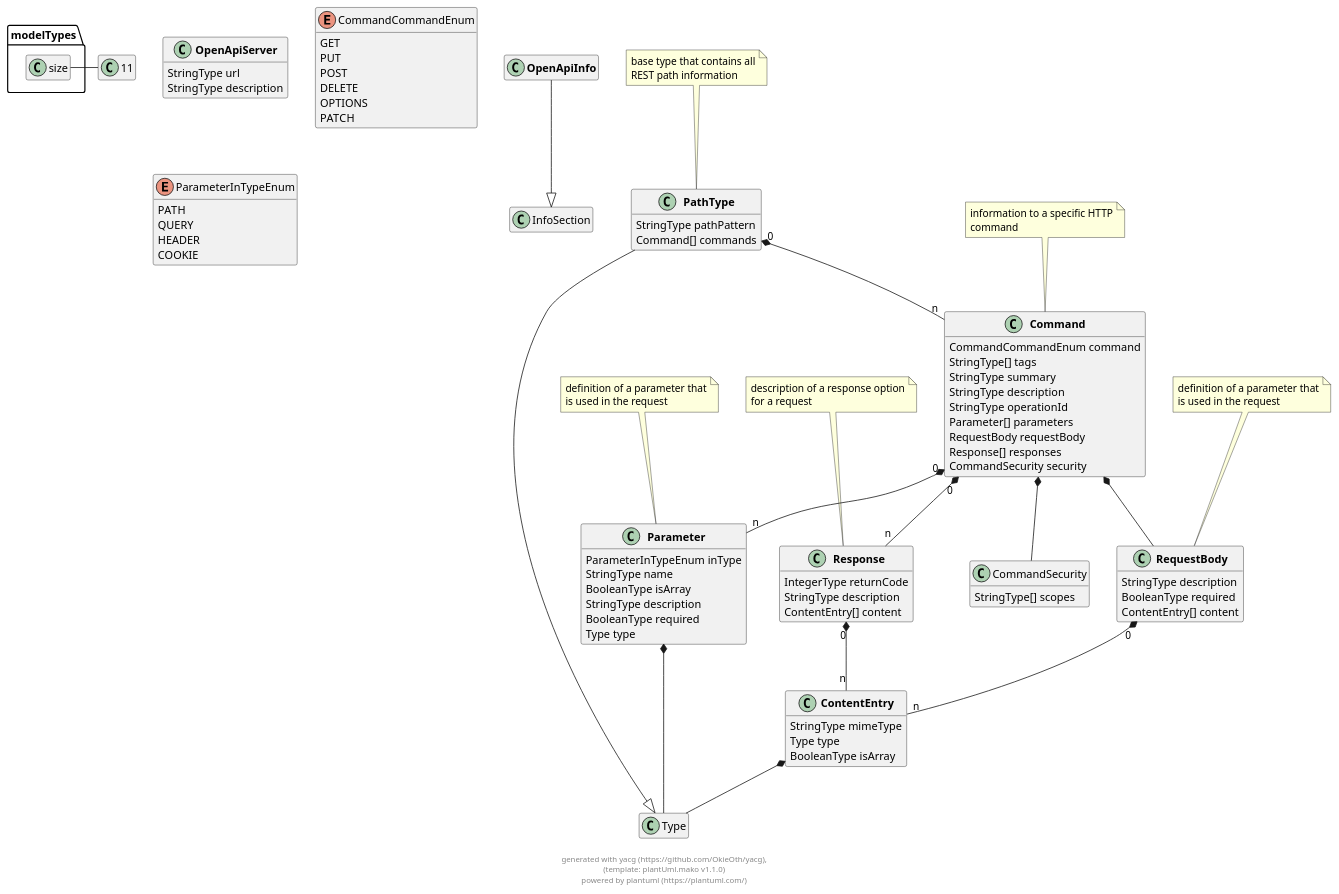
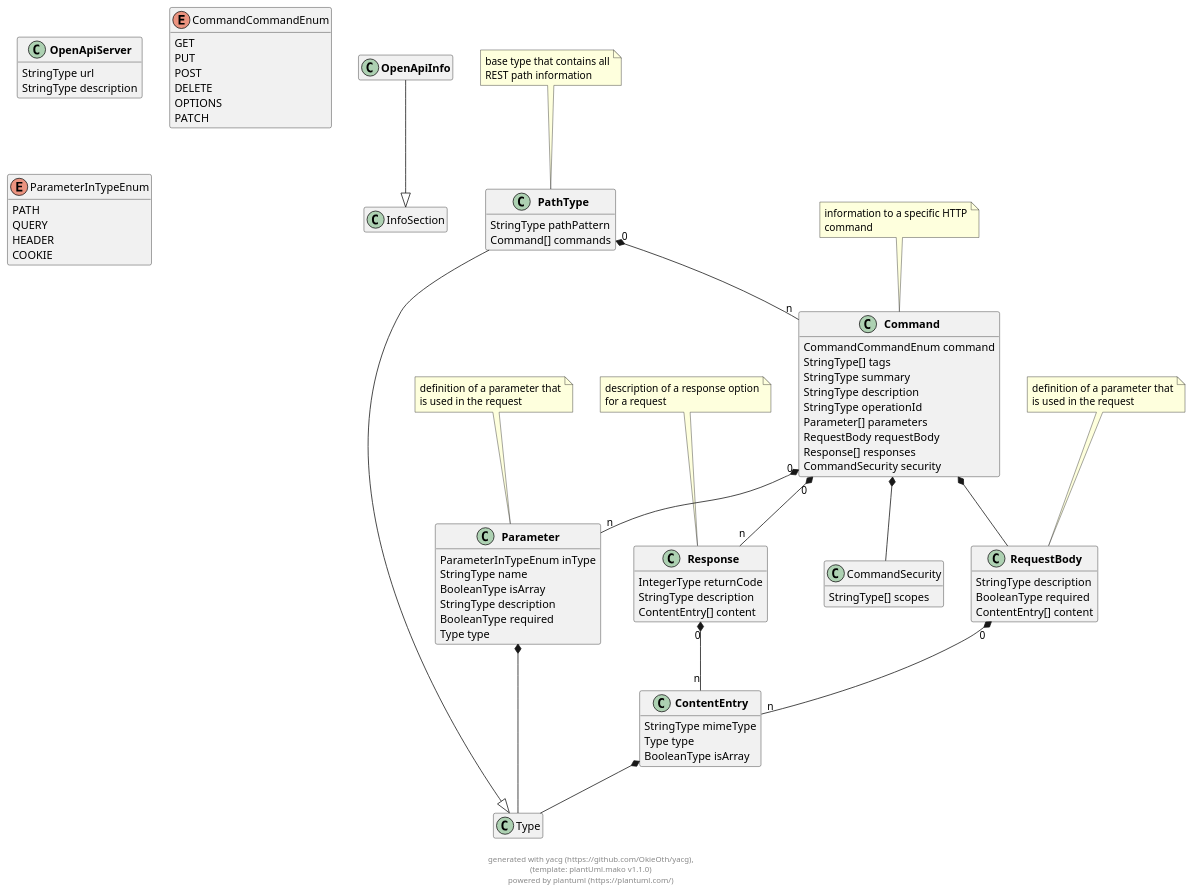
The diagram in docs/puml/yacg_openapi.puml (OkieOth/yacg), drawn with PlantUML before and after one commit. The commit also changed 10 other files, not shown here.

```diff
--- a/docs/puml/yacg_openapi.puml
+++ b/docs/puml/yacg_openapi.puml
@@ -2,157 +2,155 @@
 @startuml
 hide empty methods
 hide empty fields
-
-modelTypes.size = 11
 
 
 class "**OpenApiServer**" as OpenApiServer {
         StringType url
         StringType description
 }
 
  
 
 class "**OpenApiInfo**" as OpenApiInfo {
 }
 
 OpenApiInfo --|> InfoSection
  
 
 class "**Command**" as Command {
         CommandCommandEnum command
         StringType[] tags
         StringType summary
         StringType description
         StringType operationId
         Parameter[] parameters
         RequestBody requestBody
         Response[] responses
         CommandSecurity security
 }
 note top: information to a specific HTTP\ncommand
 
  
 
 class "**PathType**" as PathType {
         StringType pathPattern
         Command[] commands
 }
 note top: base type that contains all\nREST path information
 
 PathType --|> Type
  
 
 enum "CommandCommandEnum" as CommandCommandEnum {
     GET
     PUT
     POST
     DELETE
     OPTIONS
     PATCH
 }
 
 class "**Parameter**" as Parameter {
         ParameterInTypeEnum inType
         StringType name
         BooleanType isArray
         StringType description
         BooleanType required
         Type type
 }
 note top: definition of a parameter that\nis used in the request
 
  
 
 class "**RequestBody**" as RequestBody {
         StringType description
         BooleanType required
         ContentEntry[] content
 }
 note top: definition of a parameter that\nis used in the request
 
  
 
 class "**Response**" as Response {
         IntegerType returnCode
         StringType description
         ContentEntry[] content
 }
 note top: description of a response option\nfor a request
 
  
 
 class "CommandSecurity" as CommandSecurity {
         StringType[] scopes
 }
 
  
 
 class "**ContentEntry**" as ContentEntry {
         StringType mimeType
         Type type
         BooleanType isArray
 }
 
  
 
 enum "ParameterInTypeEnum" as ParameterInTypeEnum {
     PATH
     QUERY
     HEADER
     COOKIE
 }
 
 
     
 
 
     
     
 
 
 
 
 
 Command "0" *-- "n" Parameter
 
 Command  *--  RequestBody
 
 Command "0" *-- "n" Response
 
 Command  *--  CommandSecurity
 
     
 
 PathType "0" *-- "n" Command
 
     
     
 
 
 
 
 
 Parameter  *--  Type
 
     
 
 
 RequestBody "0" *-- "n" ContentEntry
 
     
 
 
 Response "0" *-- "n" ContentEntry
 
     
 
     
 
 ContentEntry  *--  Type
 
 
     
 
 footer \ngenerated with yacg (https://github.com/OkieOth/yacg),\n(template: plantUml.mako v1.1.0)\npowered by plantuml (https://plantuml.com/)
 @enduml
```
